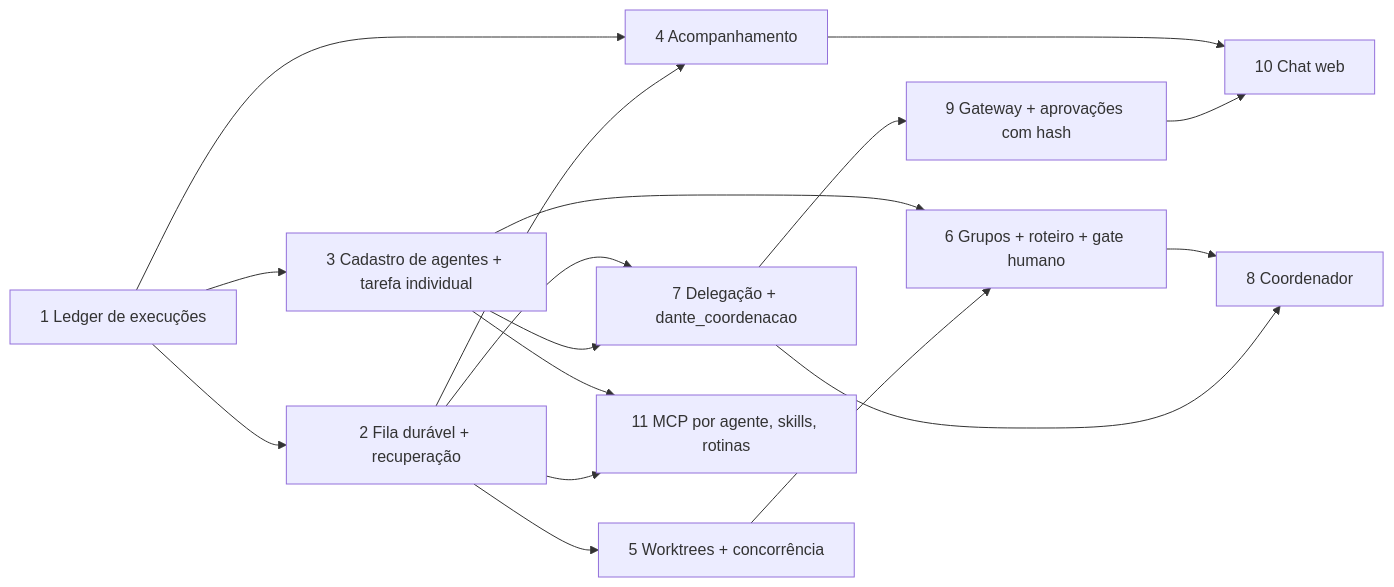
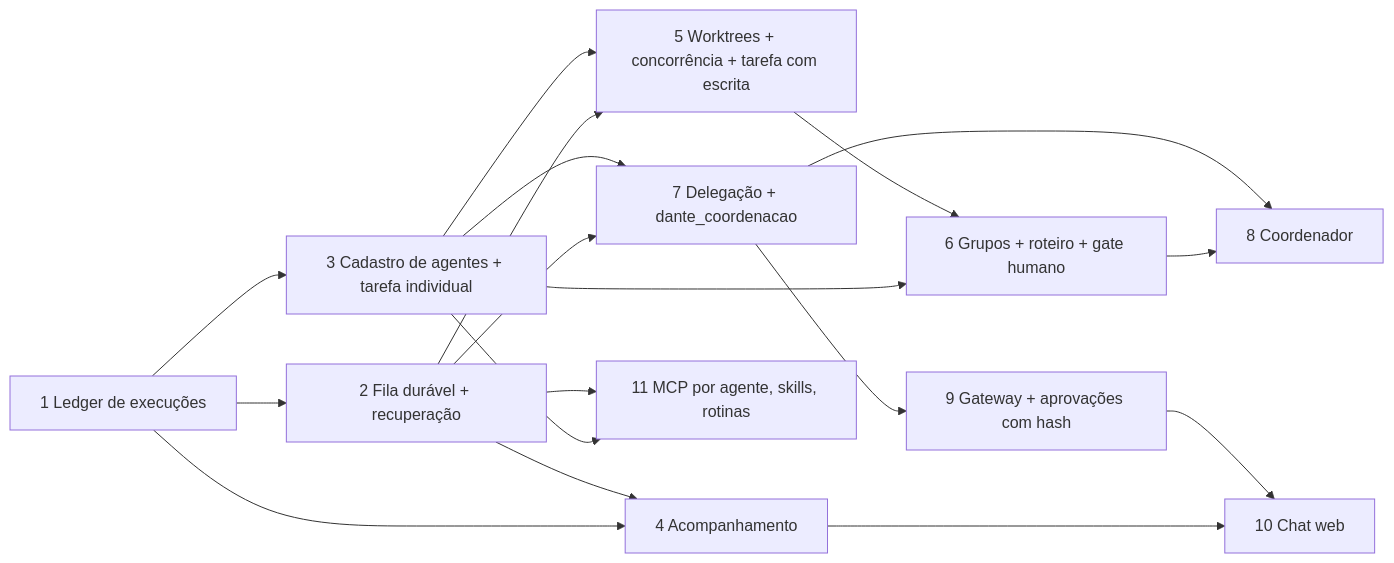
The diagram in docs/architecture/multi-agent-platform/IMPLEMENTATION_ROADMAP.md (juanverass/dante), drawn with Mermaid before and after one commit. The commit also changed other lines of this file and 7 other files, not shown here.

First line of the commit message:
docs(architecture): tarefa individual só de leitura até as worktrees (#297)

````diff
--- a/docs/architecture/multi-agent-platform/IMPLEMENTATION_ROADMAP.md
+++ b/docs/architecture/multi-agent-platform/IMPLEMENTATION_ROADMAP.md
@@ -11,19 +11,20 @@
 ```mermaid
 flowchart LR
   I1[1 Ledger de execuções] --> I2[2 Fila durável + recuperação]
   I1 --> I3[3 Cadastro de agentes + tarefa individual]
   I1 --> I4[4 Acompanhamento]
   I2 --> I4
-  I2 --> I5[5 Worktrees + concorrência]
+  I2 --> I5[5 Worktrees + concorrência + tarefa com escrita]
+  I3 --> I5
   I3 --> I6[6 Grupos + roteiro + gate humano]
   I5 --> I6
   I2 --> I7[7 Delegação + dante_coordenacao]
   I3 --> I7
   I6 --> I8[8 Coordenador]
   I7 --> I8
   I7 --> I9[9 Gateway + aprovações com hash]
   I4 --> I10[10 Chat web]
   I9 --> I10
   I3 --> I11[11 MCP por agente, skills, rotinas]
   I2 --> I11
 ```
````
